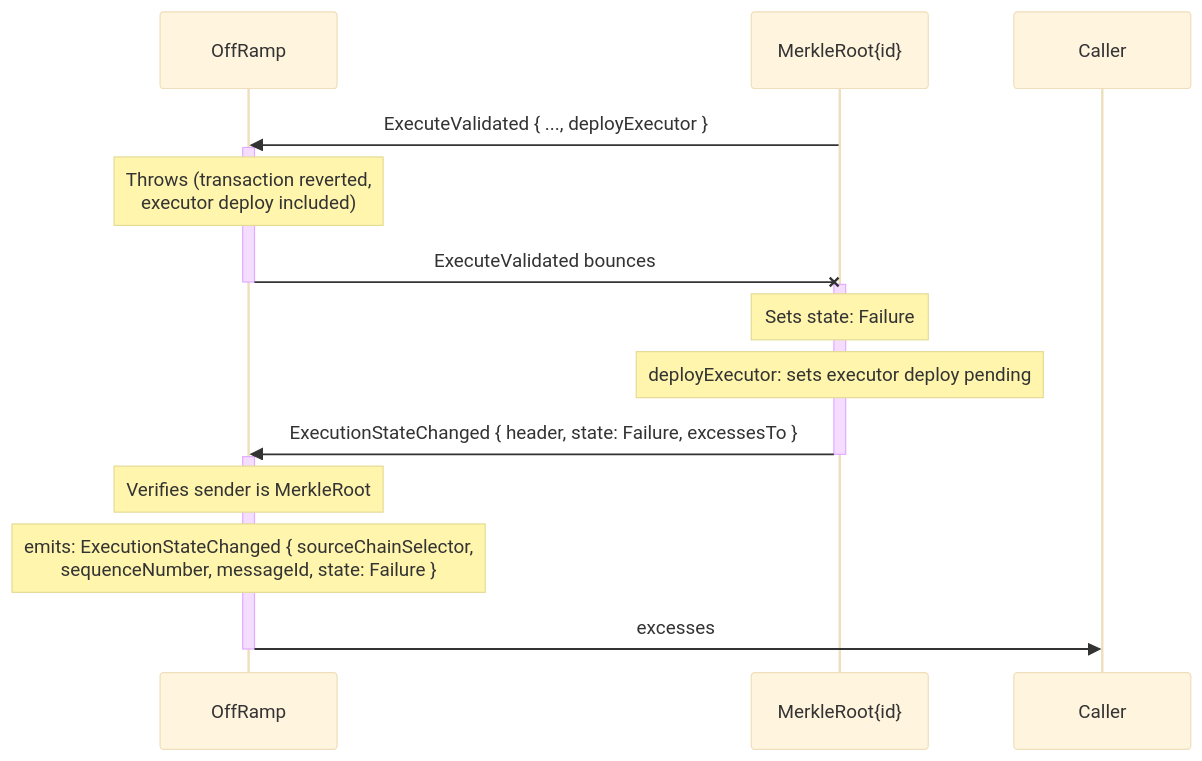
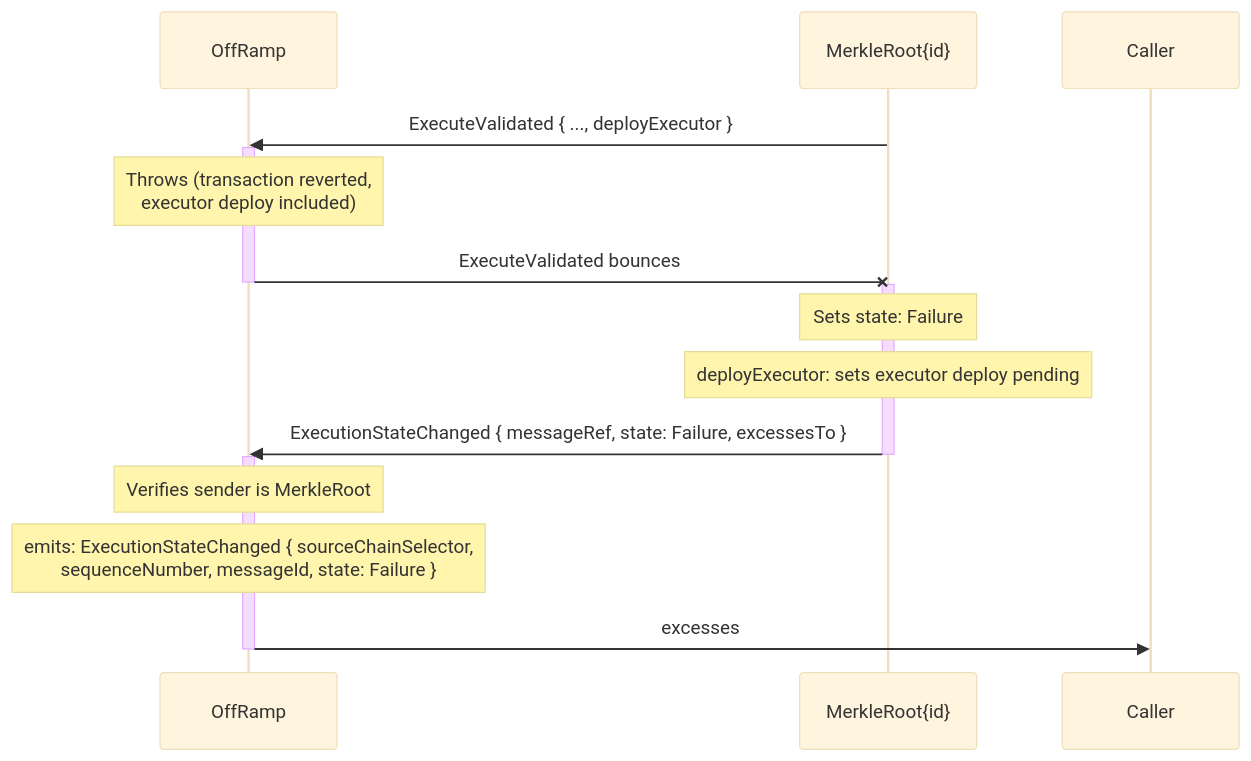
Before and after one commit to smartcontractkit/chainlink-ton: the third of 7 diagrams in docs/contracts/overview/ccip/offramp/arbitrary-msg.md, drawn with Mermaid (base theme). The commit also changed other lines of this file and 14 other files, not shown here.

Commit message:
ref: duplicate data with `header`

````diff
--- a/docs/contracts/overview/ccip/offramp/arbitrary-msg.md
+++ b/docs/contracts/overview/ccip/offramp/arbitrary-msg.md
@@ -130,24 +130,24 @@
 ```mermaid
 sequenceDiagram
     participant OR as OffRamp
     participant MR as MerkleRoot{id}
     participant C as Caller
 
     MR ->> OR: ExecuteValidated { ..., deployExecutor }
     activate OR
     Note over OR: Throws (transaction reverted,<br>executor deploy included)
     OR -x MR: ExecuteValidated bounces
     deactivate OR
 
     activate MR
     Note over MR: Sets state: Failure
     Note over MR: deployExecutor: sets executor deploy pending
-    MR ->> OR: ExecutionStateChanged { header, state: Failure, excessesTo }
+    MR ->> OR: ExecutionStateChanged { messageRef, state: Failure, excessesTo }
     deactivate MR
 
     activate OR
     Note over OR: Verifies sender is MerkleRoot
     Note over OR: emits: ExecutionStateChanged { sourceChainSelector,<br>sequenceNumber, messageId, state: Failure }
     OR ->> C: excesses
     deactivate OR
 ```
````
